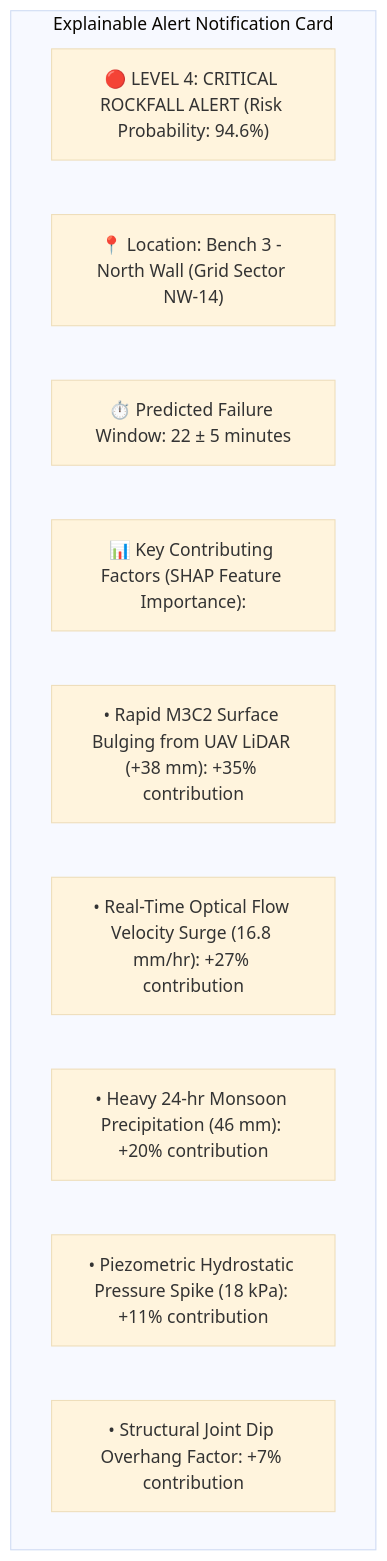
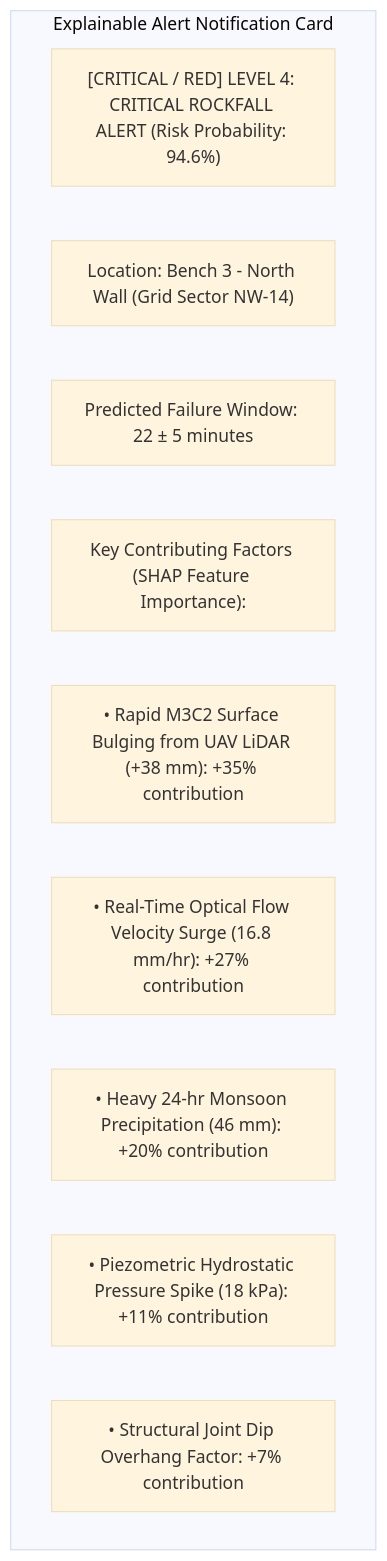
Before and after one commit to angelverman2021-a11y/Report: diagram 12 of 14 in docs/08_UAV_LiDAR.md, drawn with Mermaid (base theme). The commit also changed other lines of this file and 32 other files, not shown here.

````diff
--- a/docs/08_UAV_LiDAR.md
+++ b/docs/08_UAV_LiDAR.md
@@ -406,14 +406,14 @@
 ```mermaid
 graph TD
-    subgraph Explainable Alert Notification Card
-        A["🔴 LEVEL 4: CRITICAL ROCKFALL ALERT (Risk Probability: 94.6%)"]
-        B["📍 Location: Bench 3 - North Wall (Grid Sector NW-14)"]
-        C["⏱️ Predicted Failure Window: 22 ± 5 minutes"]
-        D["📊 Key Contributing Factors (SHAP Feature Importance):"]
-        D1["• Rapid M3C2 Surface Bulging from UAV LiDAR (+38 mm): +35% contribution"]
-        D2["• Real-Time Optical Flow Velocity Surge (16.8 mm/hr): +27% contribution"]
-        D3["• Heavy 24-hr Monsoon Precipitation (46 mm): +20% contribution"]
-        D4["• Piezometric Hydrostatic Pressure Spike (18 kPa): +11% contribution"]
-        D5["• Structural Joint Dip Overhang Factor: +7% contribution"]
-    end
+ subgraph Explainable Alert Notification Card
+ A["[CRITICAL / RED] LEVEL 4: CRITICAL ROCKFALL ALERT (Risk Probability: 94.6%)"]
+ B[" Location: Bench 3 - North Wall (Grid Sector NW-14)"]
+ C[" Predicted Failure Window: 22 ± 5 minutes"]
+ D[" Key Contributing Factors (SHAP Feature Importance):"]
+ D1["• Rapid M3C2 Surface Bulging from UAV LiDAR (+38 mm): +35% contribution"]
+ D2["• Real-Time Optical Flow Velocity Surge (16.8 mm/hr): +27% contribution"]
+ D3["• Heavy 24-hr Monsoon Precipitation (46 mm): +20% contribution"]
+ D4["• Piezometric Hydrostatic Pressure Spike (18 kPa): +11% contribution"]
+ D5["• Structural Joint Dip Overhang Factor: +7% contribution"]
+ end
 ```
````
